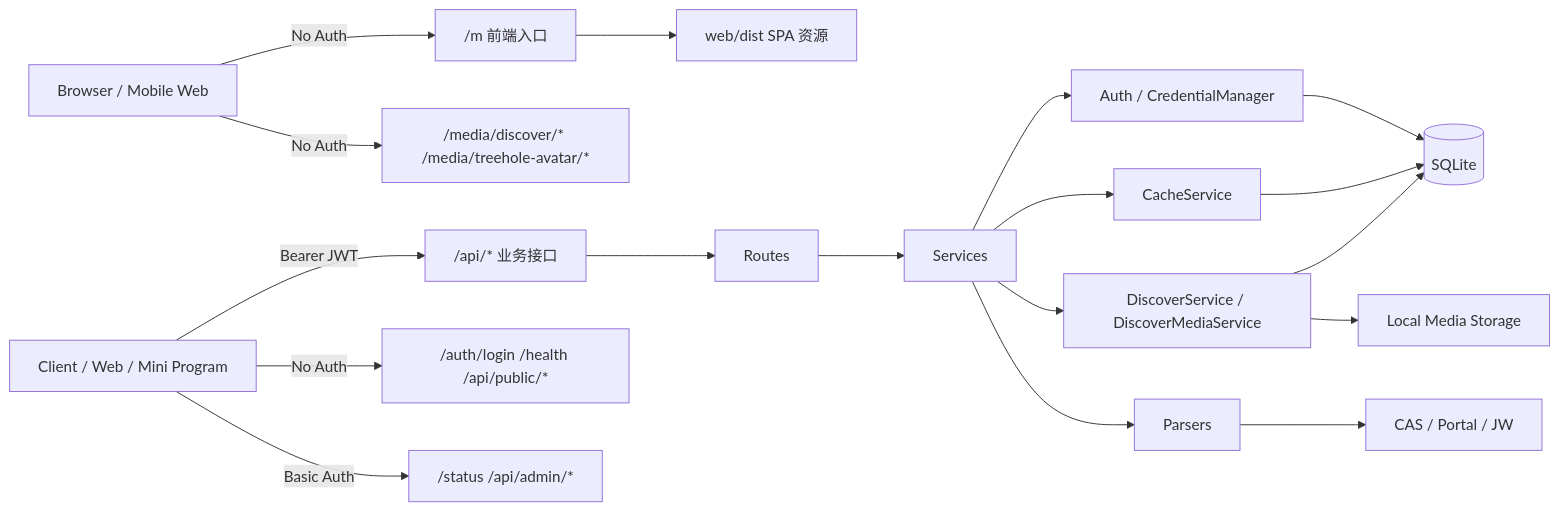
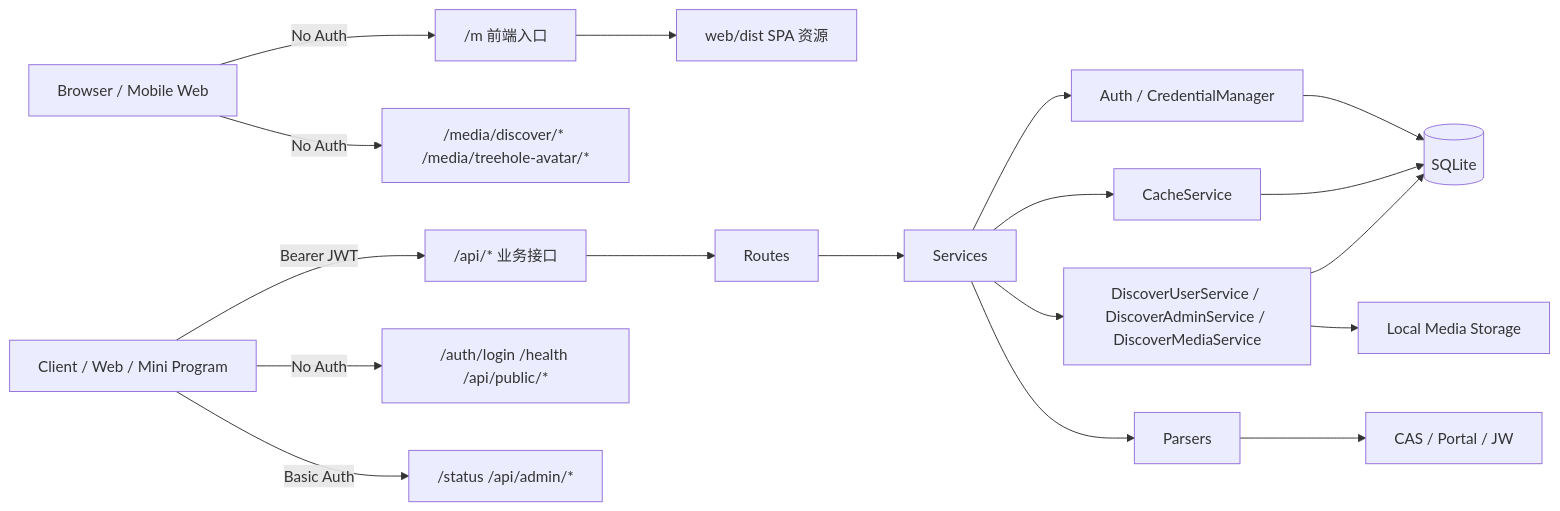
The diagram in ARCHITECTURE.md (yuxiangyun/huas-backend), drawn with Mermaid before and after one commit. The commit also changed other lines of this file and 3 other files, not shown here.

Commit message:
feat: update API and architecture documentation with new endpoints and rate limiting details

````diff
--- a/ARCHITECTURE.md
+++ b/ARCHITECTURE.md
@@ -42,21 +42,21 @@
 ```mermaid
 flowchart LR
   Browser["Browser / Mobile Web"] -->|No Auth| Web["/m 前端入口"]
   Client["Client / Web / Mini Program"] -->|Bearer JWT| API["/api/* 业务接口"]
   Client -->|No Auth| Public["/auth/login /health /api/public/*"]
   Client -->|Basic Auth| Admin["/status /api/admin/*"]
   Browser -->|No Auth| Media["/media/discover/* /media/treehole-avatar/*"]
 
   Web --> Assets["web/dist SPA 资源"]
   API --> Routes
   Routes --> Services
   Services --> Auth["Auth / CredentialManager"]
   Services --> Cache["CacheService"]
-  Services --> Discover["DiscoverService / DiscoverMediaService"]
+  Services --> Discover["DiscoverUserService / DiscoverAdminService / DiscoverMediaService"]
   Services --> Parsers
   Auth --> DB[(SQLite)]
   Cache --> DB
   Discover --> DB
   Discover --> Files["Local Media Storage"]
   Parsers --> Upstream["CAS / Portal / JW"]
 ```
````
